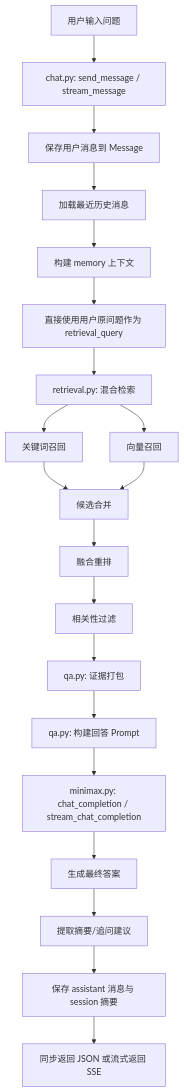
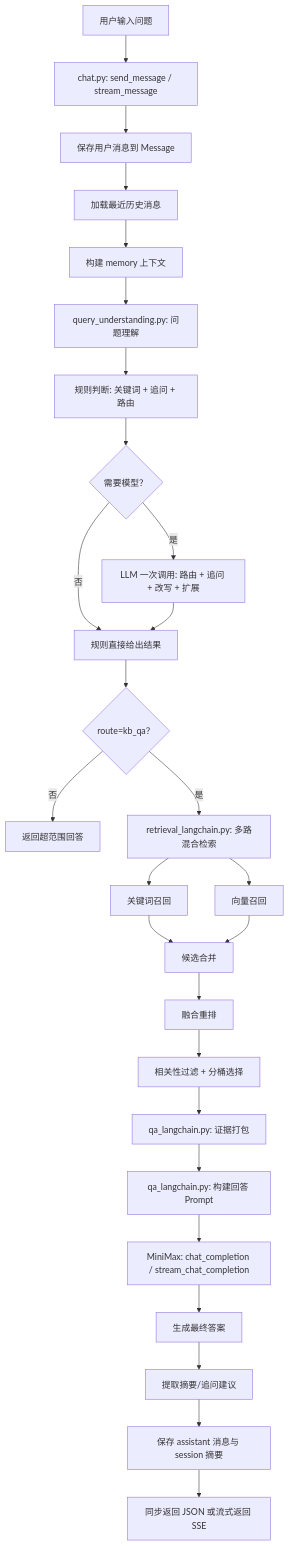
The first of 2 diagrams in knowledge_base_backend/智能问答逻辑详解.md (xiehuapeng/RAG), drawn with Mermaid before and after one commit. The commit also changed other lines of this file and 66 other files, not shown here.

````diff
--- a/knowledge_base_backend/智能问答逻辑详解.md
+++ b/knowledge_base_backend/智能问答逻辑详解.md
@@ -21,22 +15,29 @@
 ```mermaid
 flowchart TD
     A[用户输入问题] --> B[chat.py: send_message / stream_message]
     B --> C[保存用户消息到 Message]
     C --> D[加载最近历史消息]
     D --> E[构建 memory 上下文]
-    E --> F[直接使用用户原问题作为 retrieval_query]
-    F --> G[retrieval.py: 混合检索]
-    G --> G1[关键词召回]
-    G --> G2[向量召回]
-    G1 --> G3[候选合并]
-    G2 --> G3
-    G3 --> G4[融合重排]
-    G4 --> G5[相关性过滤]
-    G5 --> H[qa.py: 证据打包]
-    H --> I[qa.py: 构建回答 Prompt]
-    I --> J[minimax.py: chat_completion / stream_chat_completion]
-    J --> K[生成最终答案]
-    K --> L[提取摘要/追问建议]
-    L --> M[保存 assistant 消息与 session 摘要]
-    M --> N[同步返回 JSON 或流式返回 SSE]
+    E --> F[query_understanding.py: 问题理解]
+    F --> F1[规则判断: 关键词 + 追问 + 路由]
+    F1 --> F2{需要模型？}
+    F2 -->|否| G[规则直接给出结果]
+    F2 -->|是| F3[LLM 一次调用: 路由 + 追问 + 改写 + 扩展]
+    F3 --> G
+    G --> G1{route=kb_qa？}
+    G1 -->|否| OUT[返回超范围回答]
+    G1 -->|是| H[retrieval_langchain.py: 多路混合检索]
+    H --> H1[关键词召回]
+    H --> H2[向量召回]
+    H1 --> H3[候选合并]
+    H2 --> H3
+    H3 --> H4[融合重排]
+    H4 --> H5[相关性过滤 + 分桶选择]
+    H5 --> I[qa_langchain.py: 证据打包]
+    I --> J[qa_langchain.py: 构建回答 Prompt]
+    J --> K[MiniMax: chat_completion / stream_chat_completion]
+    K --> L[生成最终答案]
+    L --> M[提取摘要/追问建议]
+    M --> N[保存 assistant 消息与 session 摘要]
+    N --> O[同步返回 JSON 或流式返回 SSE]
 ```
````
